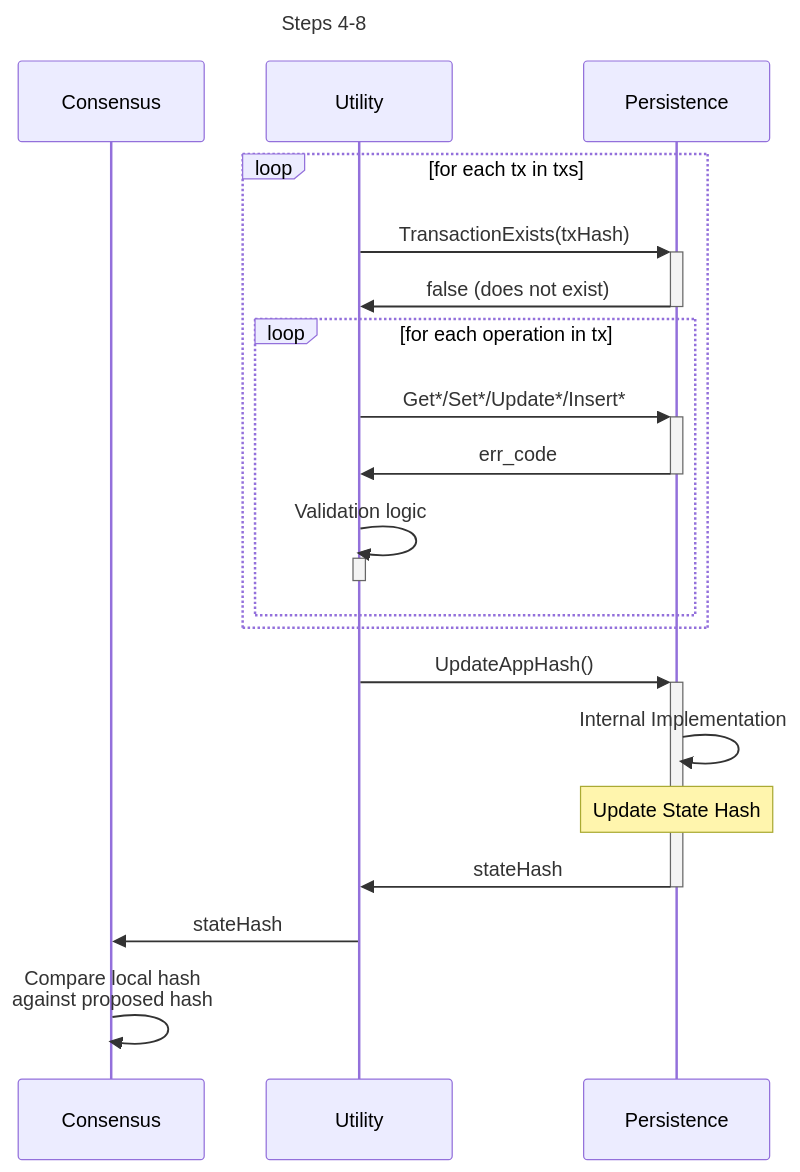
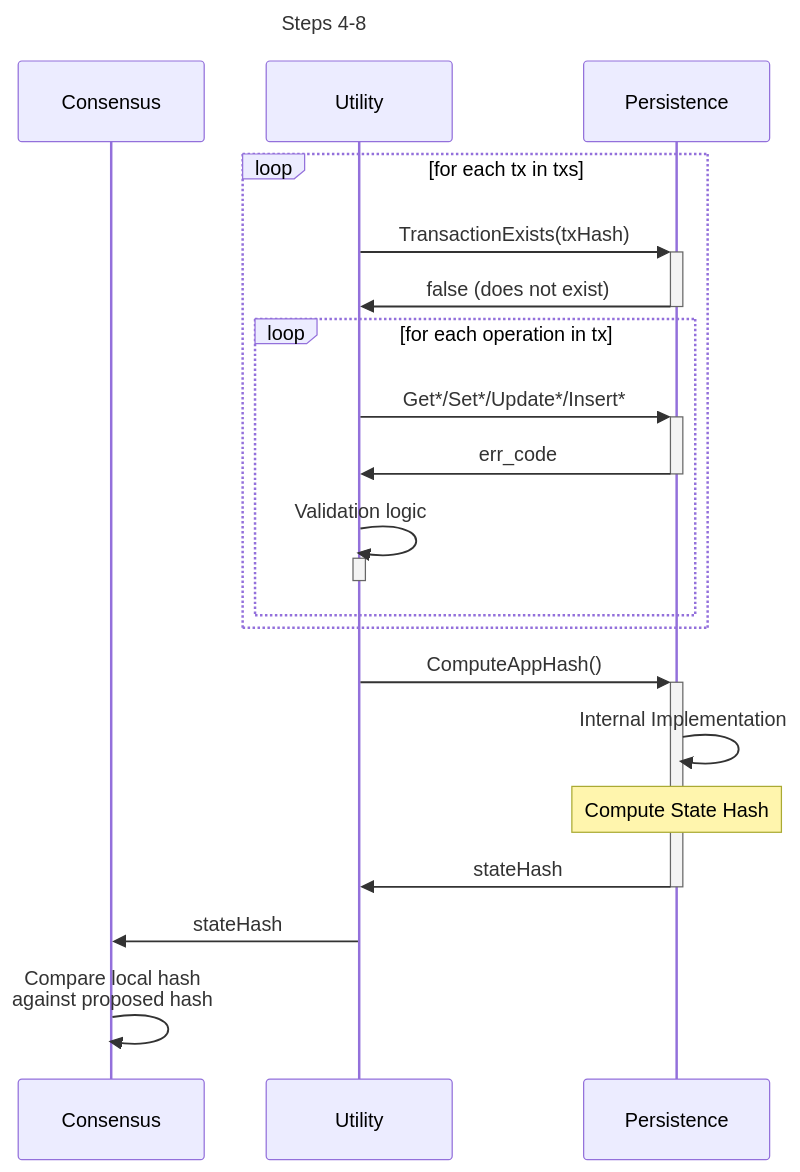
The fifth of 5 diagrams in shared/docs/PROTOCOL_STATE_HASH.md (pokt-network/pocket), drawn with Mermaid before and after one commit. The commit also changed other lines of this file and 14 other files, not shown here.

````diff
--- a/shared/docs/PROTOCOL_STATE_HASH.md
+++ b/shared/docs/PROTOCOL_STATE_HASH.md
@@ -150,28 +150,28 @@
 ```mermaid
 sequenceDiagram
     title Steps 4-8
     participant C as Consensus
     participant U as Utility
     participant P as Persistence
 
     loop for each tx in txs
         U->>+P: TransactionExists(txHash)
         P->>-U: false (does not exist)
         loop for each operation in tx
             U->>+P: Get*/Set*/Update*/Insert*
             P->>-U: err_code
             U->>U: Validation logic
             activate U
             deactivate U
         end
     end
     %% TODO: Consolidate AppHash and StateHash
-    U->>+P: UpdateAppHash()
+    U->>+P: ComputeAppHash()
     P->>P: Internal Implementation
-    Note over P: Update State Hash
+    Note over P: Compute State Hash
     P->>-U: stateHash
     U->>C: stateHash
 
-    %% Validate the updated hash
+    %% Validate the computed hash
     C->>C: Compare local hash<br>against proposed hash
 ```
````
